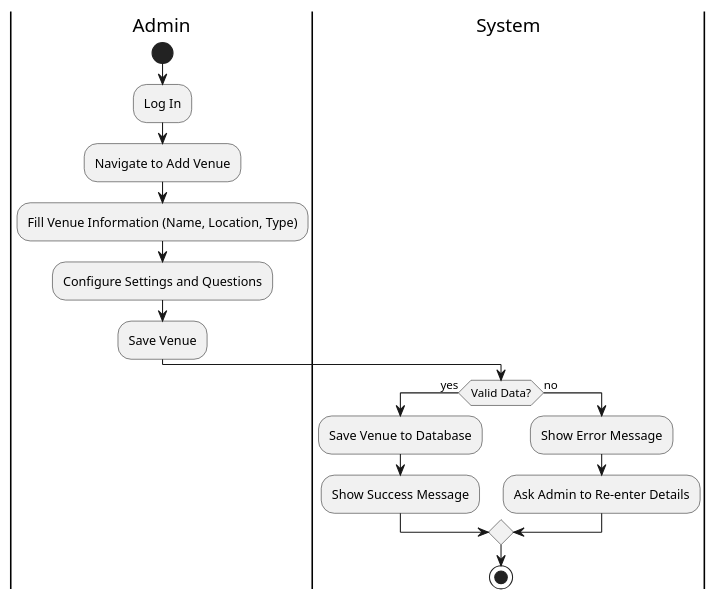
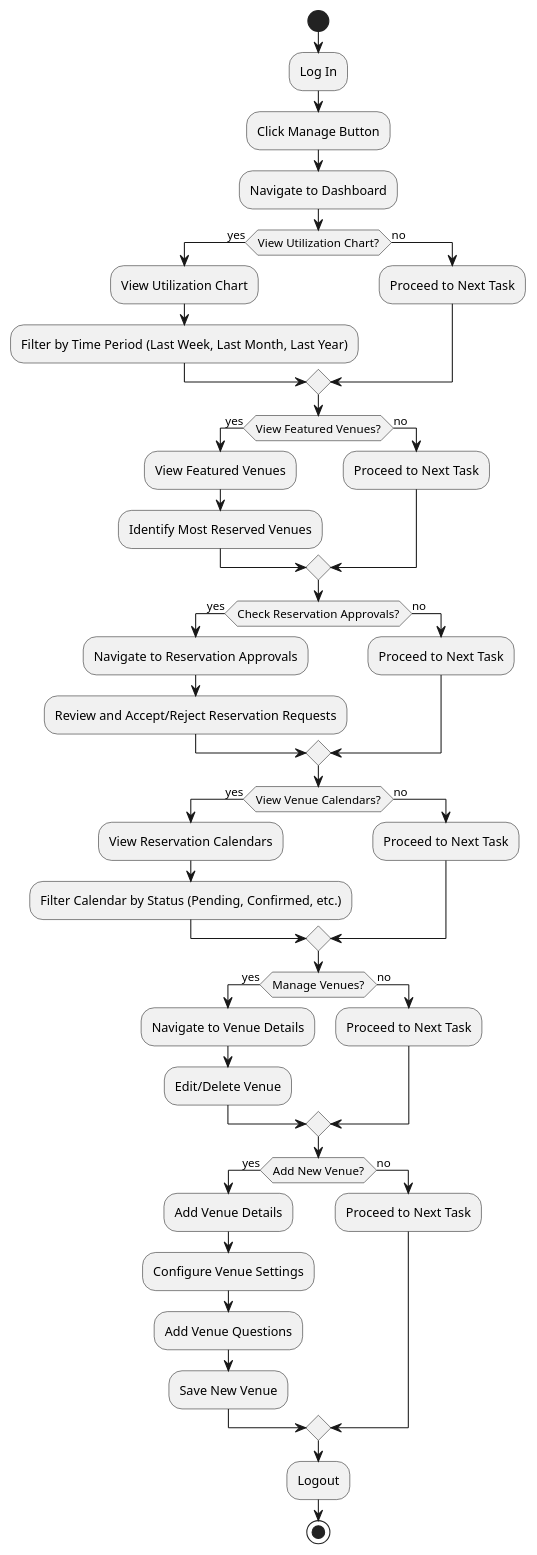
Before and after one commit to tracet2t/Venue-Reservation: the diagram in docs/uml/activity/admin-activity/addvenue.wsd, drawn with PlantUML. The commit also changed 2 other files, not shown here.

Commit message:
86b2j5p7n-plantuml:add activity diagram of admin's dasboard view

```diff
--- a/docs/uml/activity/admin-activity/addvenue.wsd
+++ b/docs/uml/activity/admin-activity/addvenue.wsd
@@ -1,18 +1,54 @@
 @startuml
 |Admin|
 start
 :Log In;
-:Navigate to Add Venue;
-:Fill Venue Information (Name, Location, Type);
-:Configure Settings and Questions;
-:Save Venue;
-|System|
-if (Valid Data?) then (yes)
-    :Save Venue to Database;
-    :Show Success Message;
+:Click Manage Button;
+:Navigate to Dashboard;
+
+if (View Utilization Chart?) then (yes)
+    :View Utilization Chart;
+    :Filter by Time Period (Last Week, Last Month, Last Year);
 else (no)
-    :Show Error Message;
-    :Ask Admin to Re-enter Details;
+    :Proceed to Next Task;
 endif
+
+if (View Featured Venues?) then (yes)
+    :View Featured Venues;
+    :Identify Most Reserved Venues;
+else (no)
+    :Proceed to Next Task;
+endif
+
+if (Check Reservation Approvals?) then (yes)
+    :Navigate to Reservation Approvals;
+    :Review and Accept/Reject Reservation Requests;
+else (no)
+    :Proceed to Next Task;
+endif
+
+if (View Venue Calendars?) then (yes)
+    :View Reservation Calendars;
+    :Filter Calendar by Status (Pending, Confirmed, etc.);
+else (no)
+    :Proceed to Next Task;
+endif
+
+if (Manage Venues?) then (yes)
+    :Navigate to Venue Details;
+    :Edit/Delete Venue;
+else (no)
+    :Proceed to Next Task;
+endif
+
+if (Add New Venue?) then (yes)
+    :Add Venue Details;
+    :Configure Venue Settings;
+    :Add Venue Questions;
+    :Save New Venue;
+else (no)
+    :Proceed to Next Task;
+endif
+
+:Logout;
 stop
 @enduml
```
